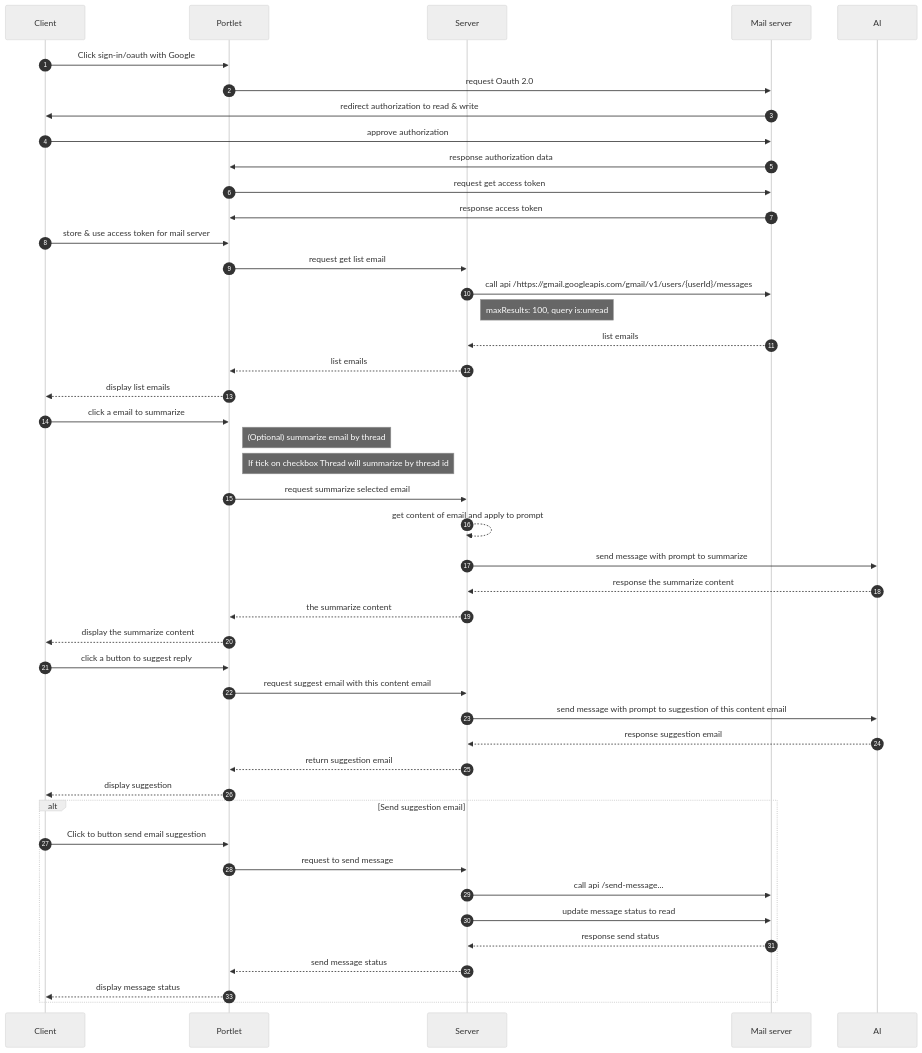
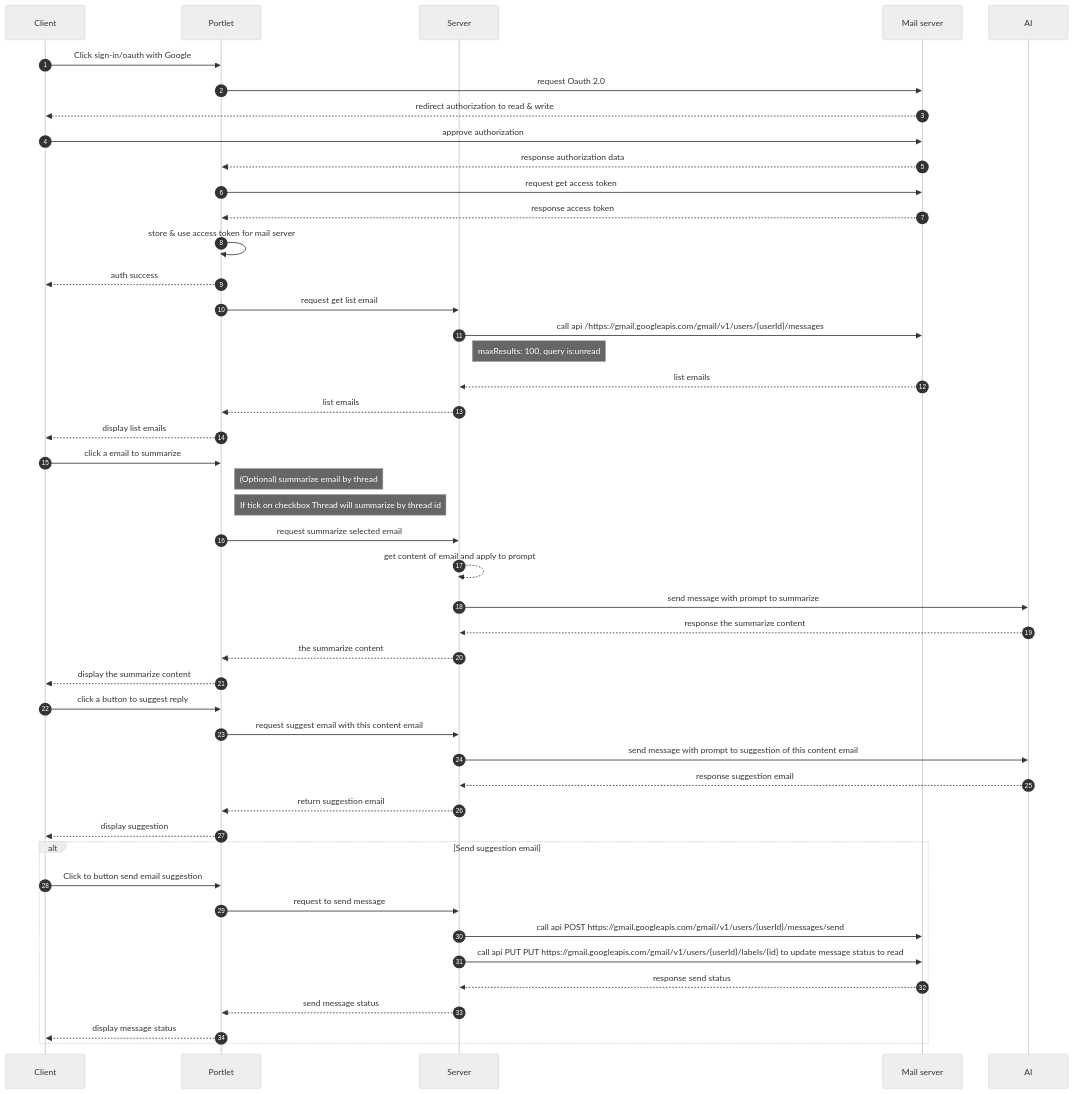
One commit to DoanNguyenLam/AzingV2Poc changed the diagram in documentations/sequence_detail.md. Above: the diagram before and after it, drawn with Mermaid (neutral theme). The commit also changed 1 other file, not shown here.

Commit message:
add: readme

````diff
--- a/documentations/sequence_detail.md
+++ b/documentations/sequence_detail.md
@@ -3,54 +3,55 @@
 ```mermaid
 sequenceDiagram
     autonumber
     participant c as Client
     participant p as Portlet
     participant s as Server
     participant m as Mail server
     participant ai as AI
     
     c ->> p: Click sign-in/oauth with Google
     p ->> m: request Oauth 2.0
-    m ->> c: redirect authorization to read & write
+    m -->> c: redirect authorization to read & write
     c ->> m: approve authorization
-    m ->> p: response authorization data
+    m -->> p: response authorization data
     p ->> m: request get access token
-    m ->> p: response access token
+    m -->> p: response access token
+    p ->> p: store & use access token for mail server
+    p -->> c: auth success
     
-    c ->> p: store & use access token for mail server
     p ->> s: request get list email
     s ->> m: call api /https://gmail.googleapis.com/gmail/v1/users/{userId}/messages
     Note right of s: maxResults: 100, query is:unread
     m -->> s: list emails
     s -->> p: list emails
     p -->> c: display list emails
     
     c ->> p: click a email to summarize
     Note right of p: (Optional) summarize email by thread
     Note right of p: If tick on checkbox Thread will summarize by thread id
     
     p ->> s: request summarize selected email
     s -->> s: get content of email and apply to prompt
     s ->> ai: send message with prompt to summarize
     ai -->> s: response the summarize content
     s -->> p: the summarize content
     p -->> c: display the summarize content
 
     c ->> p: click a button to suggest reply
     p ->> s: request suggest email with this content email
     s ->> ai: send message with prompt to suggestion of this content email
     ai -->> s: response suggestion email
     s -->> p: return suggestion email
     p -->> c: display suggestion
     
     alt Send suggestion email
     c ->> p: Click to button send email suggestion
     p ->> s: request to send message
-    s ->> m: call api /send-message...
-    s ->> m: update message status to read
+    s ->> m: call api POST https://gmail.googleapis.com/gmail/v1/users/{userId}/messages/send
+    s ->> m: call api PUT PUT https://gmail.googleapis.com/gmail/v1/users/{userId}/labels/{id} to update message status to read
     m -->> s: response send status
     s -->> p: send message status
     p -->> c: display message status
     end
     
 ```
````
